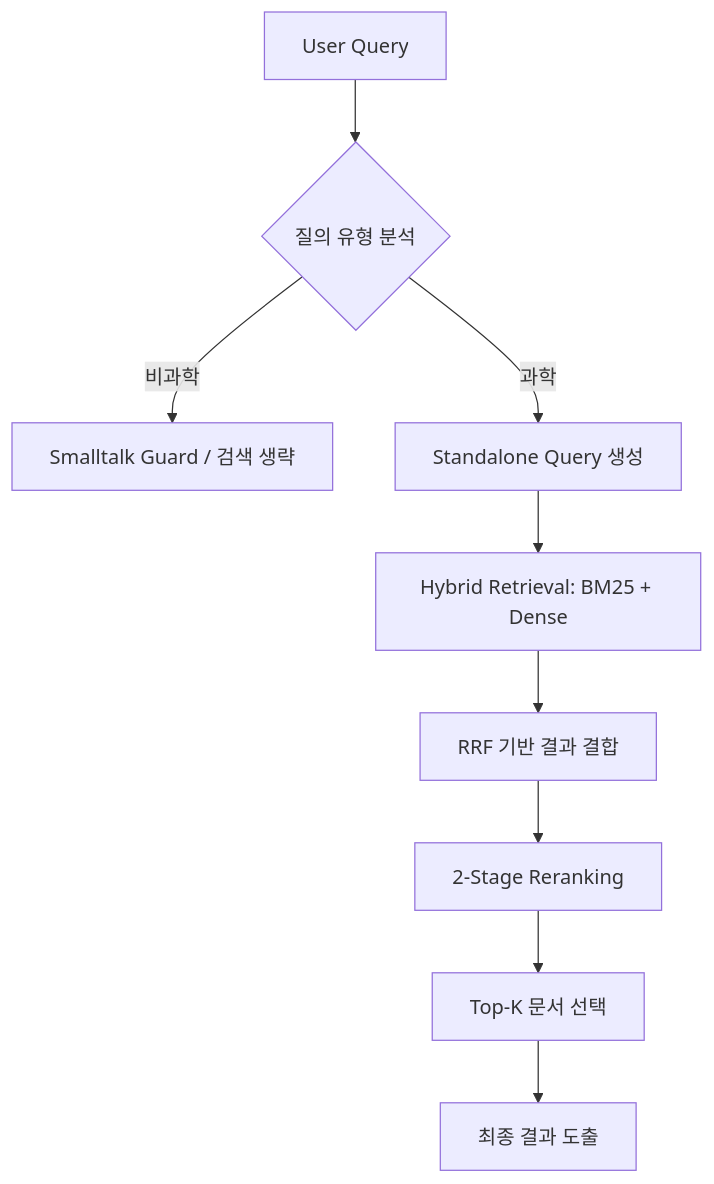
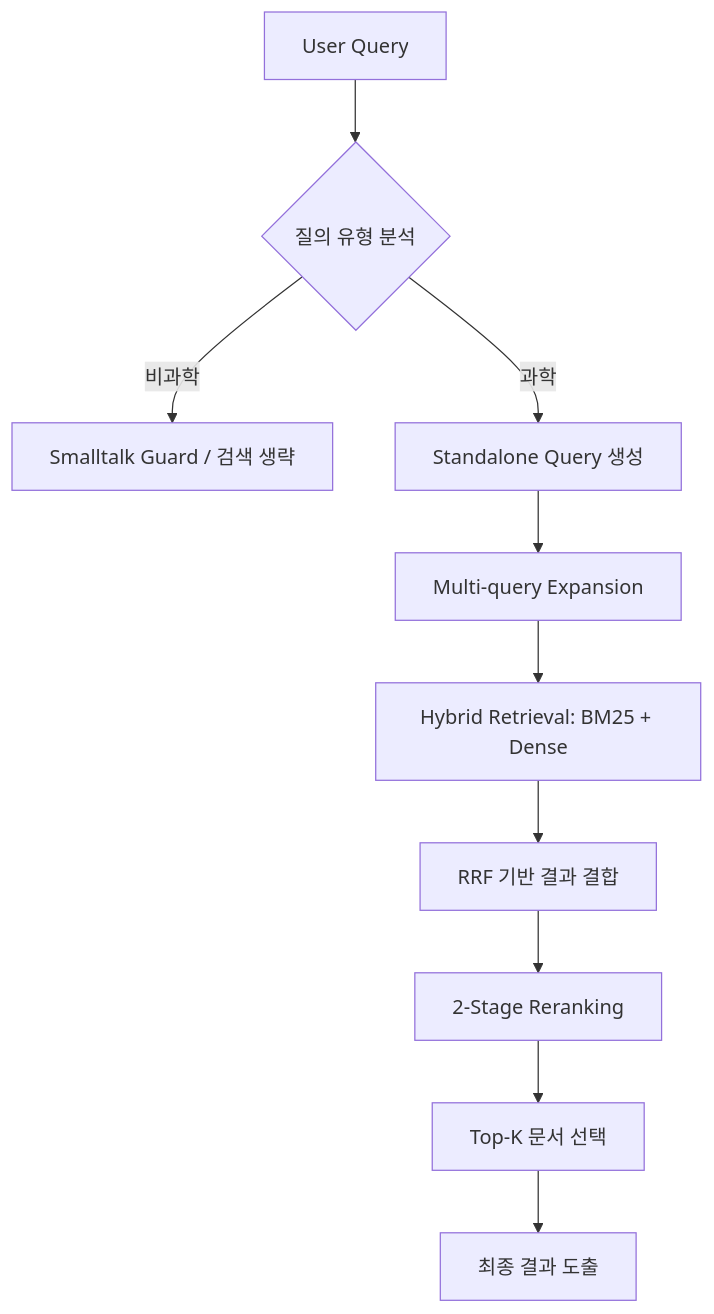
One commit to AIBootcamp16/scientific-knowledge-question-answering-ir-4 changed the diagram in YeKyung/README.md. Above: the diagram before and after it, drawn with Mermaid. The commit also changed other lines of this file, not shown here.

````diff
--- a/YeKyung/README.md
+++ b/YeKyung/README.md
@@ -79,11 +83,12 @@
 ```mermaid
 graph TD
     A[User Query] --> B{질의 유형 분석}
     B -- 비과학 --> C[Smalltalk Guard / 검색 생략]
     B -- 과학 --> D[Standalone Query 생성]
-    D --> E[Hybrid Retrieval: BM25 + Dense]
-    E --> F[RRF 기반 결과 결합]
-    F --> G[2-Stage Reranking]
-    G --> H[Top-K 문서 선택]
-    H --> I[최종 결과 도출]
+    D --> E[Multi-query Expansion]
+    E --> F[Hybrid Retrieval: BM25 + Dense]
+    F --> G[RRF 기반 결과 결합]
+    G --> H[2-Stage Reranking]
+    H --> I[Top-K 문서 선택]
+    I --> J[최종 결과 도출]
 ```
````
